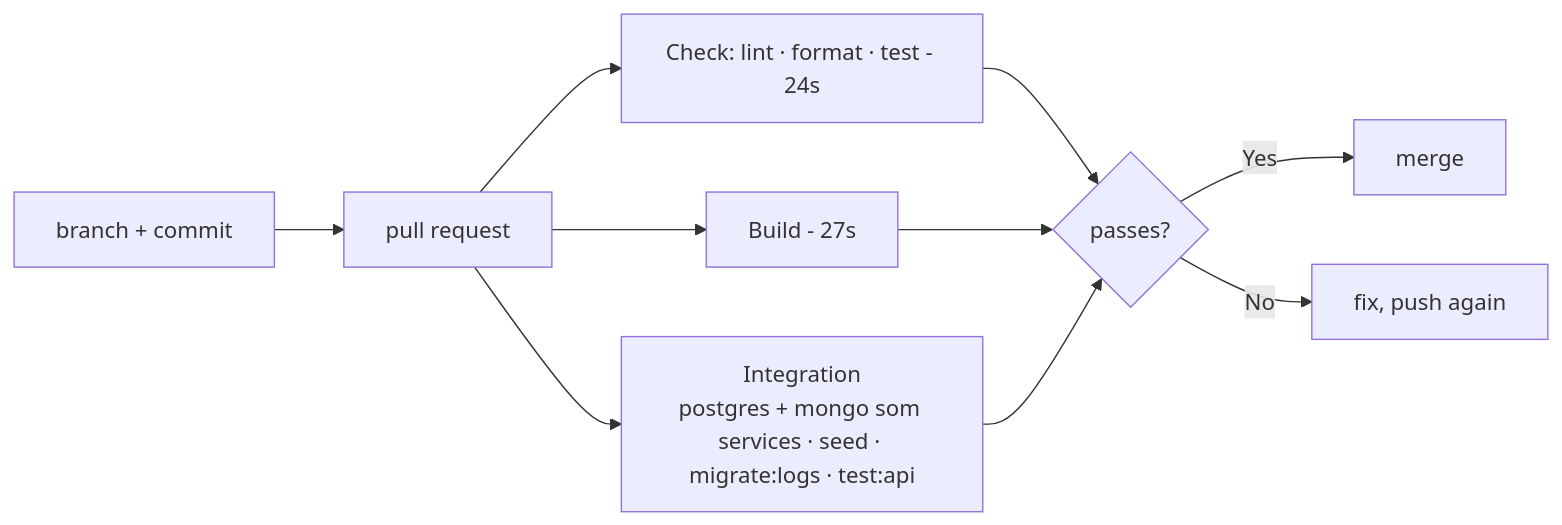
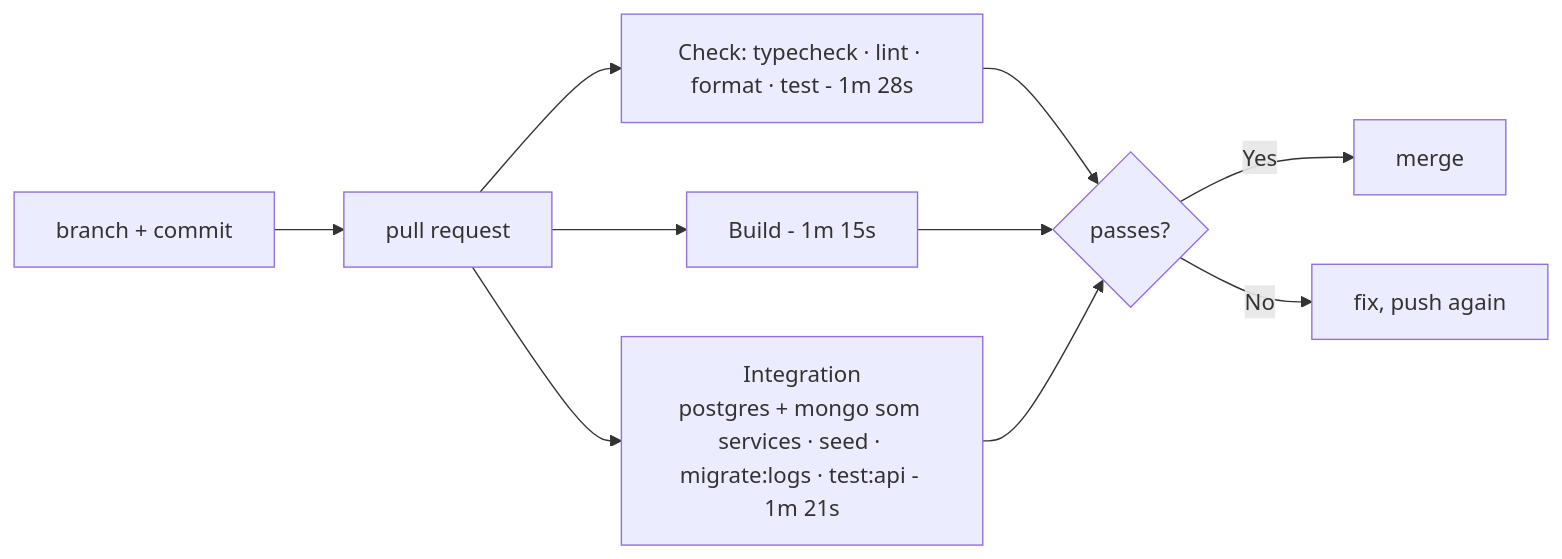
Before and after one commit to i-nywall/utpost: the diagram in docs/pipeline.md, drawn with Mermaid. The commit also changed other lines of this file, not shown here.

````diff
--- a/docs/pipeline.md
+++ b/docs/pipeline.md
@@ -3,12 +3,12 @@
 ```mermaid
 flowchart LR
   B[branch + commit] --> PR[pull request]
-  PR --> Q[Check: lint · format · test - 24s]
-  PR --> BU[Build - 27s]
-  PR --> I[Integration<br/>postgres + mongo som services · seed · migrate:logs · test:api]
+  PR --> Q[Check: typecheck · lint · format · test - 1m 28s]
+  PR --> BU[Build - 1m 15s]
+  PR --> I[Integration<br/>postgres + mongo som services · seed · migrate:logs · test:api - 1m 21s]
   Q --> S{passes?}
   BU --> S
   I --> S
   S -->|Yes| M[merge]
   S -->|No| F[fix, push again]
 ```
````
